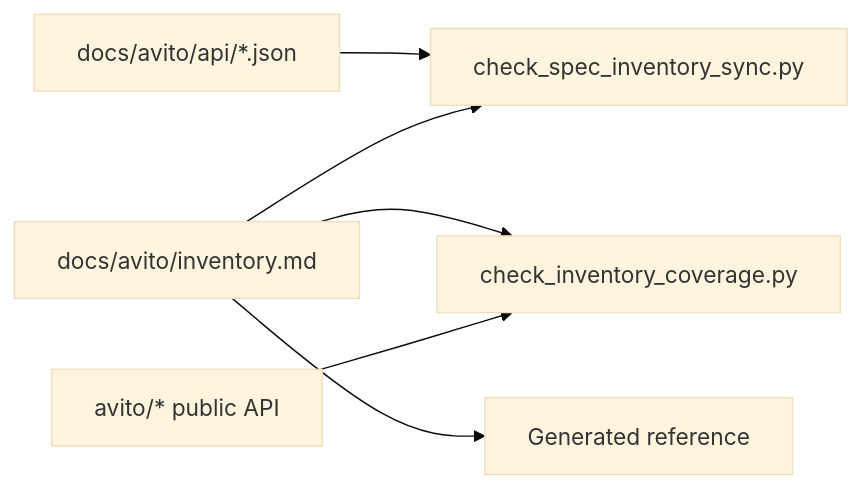
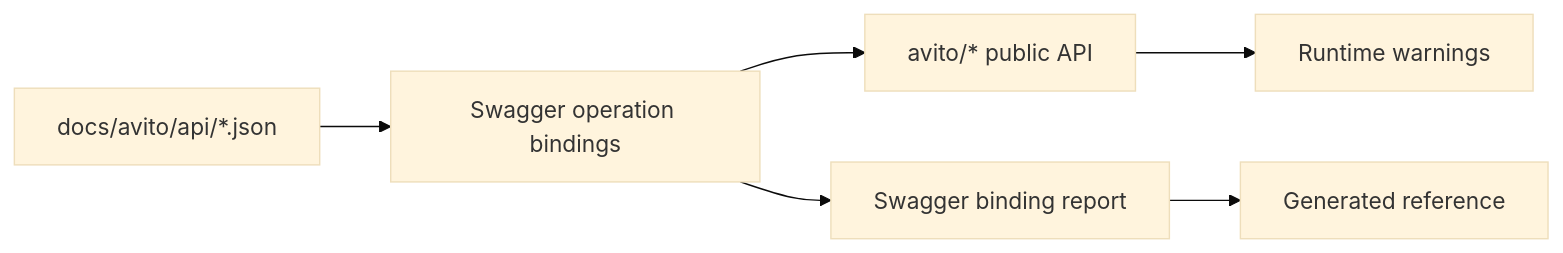
One commit to p141592/avito_python_api changed the diagram in docs/site/explanations/api-coverage-and-deprecations.md. Above: the diagram before and after it, drawn with Mermaid (base theme). The commit also changed other lines of this file and 144 other files, not shown here.

First line of the commit message:
Swagger check (#4)

````diff
--- a/docs/site/explanations/api-coverage-and-deprecations.md
+++ b/docs/site/explanations/api-coverage-and-deprecations.md
@@ -5,8 +5,8 @@
 ```mermaid
 flowchart LR
-    spec[docs/avito/api/*.json] --> sync[check_spec_inventory_sync.py]
-    inventory[docs/avito/inventory.md] --> sync
-    inventory --> coverage[check_inventory_coverage.py]
-    inventory --> reference[Generated reference]
-    sdk[avito/* public API] --> coverage
+    spec[docs/avito/api/*.json] --> bindings[Swagger operation bindings]
+    bindings --> sdk[avito/* public API]
+    bindings --> report[Swagger binding report]
+    report --> reference[Generated reference]
+    sdk --> warnings[Runtime warnings]
 ```
````
